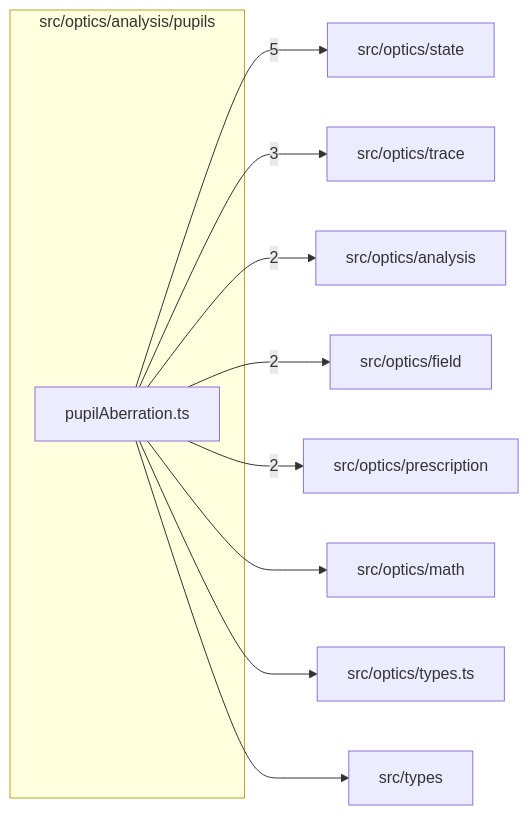
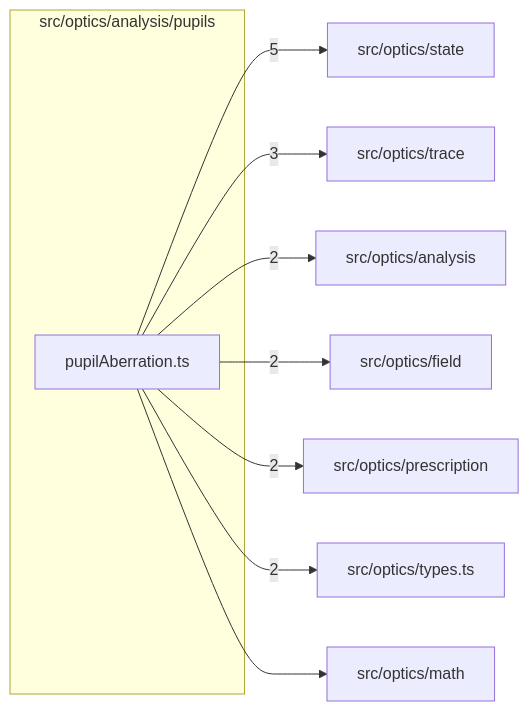
One commit to ronbuening/LensVisualizer changed the diagram in src/optics/analysis/pupils/readme.md. Above: the diagram before and after it, drawn with Mermaid. The commit also changed other lines of this file and 32 other files, not shown here.

````diff
--- a/src/optics/analysis/pupils/readme.md
+++ b/src/optics/analysis/pupils/readme.md
@@ -9,22 +9,20 @@
 ```mermaid
 flowchart LR
   subgraph n_src_optics_analysis_pupils["src/optics/analysis/pupils"]
     n_src_optics_analysis_pupils_src_optics_analysis_pupils_pupilAberration_ts["pupilAberration.ts"]
   end
   n_external_src_optics_state["src/optics/state"]
   n_external_src_optics_trace["src/optics/trace"]
   n_external_src_optics_analysis["src/optics/analysis"]
   n_external_src_optics_field["src/optics/field"]
   n_external_src_optics_prescription["src/optics/prescription"]
+  n_external_src_optics_types_ts["src/optics/types.ts"]
   n_external_src_optics_math["src/optics/math"]
-  n_external_src_optics_types_ts["src/optics/types.ts"]
-  n_external_src_types["src/types"]
   n_src_optics_analysis_pupils_src_optics_analysis_pupils_pupilAberration_ts --> |5| n_external_src_optics_state
   n_src_optics_analysis_pupils_src_optics_analysis_pupils_pupilAberration_ts --> |3| n_external_src_optics_trace
   n_src_optics_analysis_pupils_src_optics_analysis_pupils_pupilAberration_ts --> |2| n_external_src_optics_analysis
   n_src_optics_analysis_pupils_src_optics_analysis_pupils_pupilAberration_ts --> |2| n_external_src_optics_field
   n_src_optics_analysis_pupils_src_optics_analysis_pupils_pupilAberration_ts --> |2| n_external_src_optics_prescription
+  n_src_optics_analysis_pupils_src_optics_analysis_pupils_pupilAberration_ts --> |2| n_external_src_optics_types_ts
   n_src_optics_analysis_pupils_src_optics_analysis_pupils_pupilAberration_ts --> n_external_src_optics_math
-  n_src_optics_analysis_pupils_src_optics_analysis_pupils_pupilAberration_ts --> n_external_src_optics_types_ts
-  n_src_optics_analysis_pupils_src_optics_analysis_pupils_pupilAberration_ts --> n_external_src_types
 ```
````
